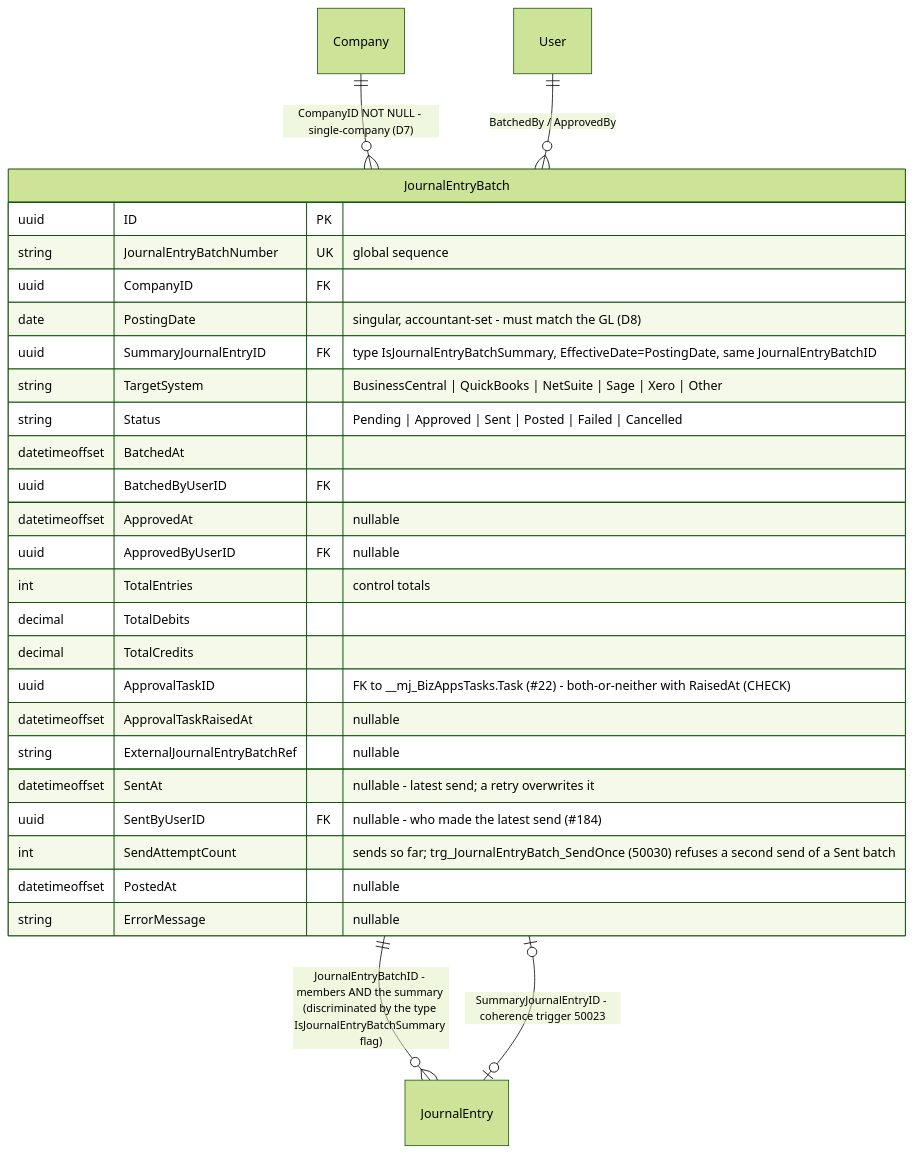
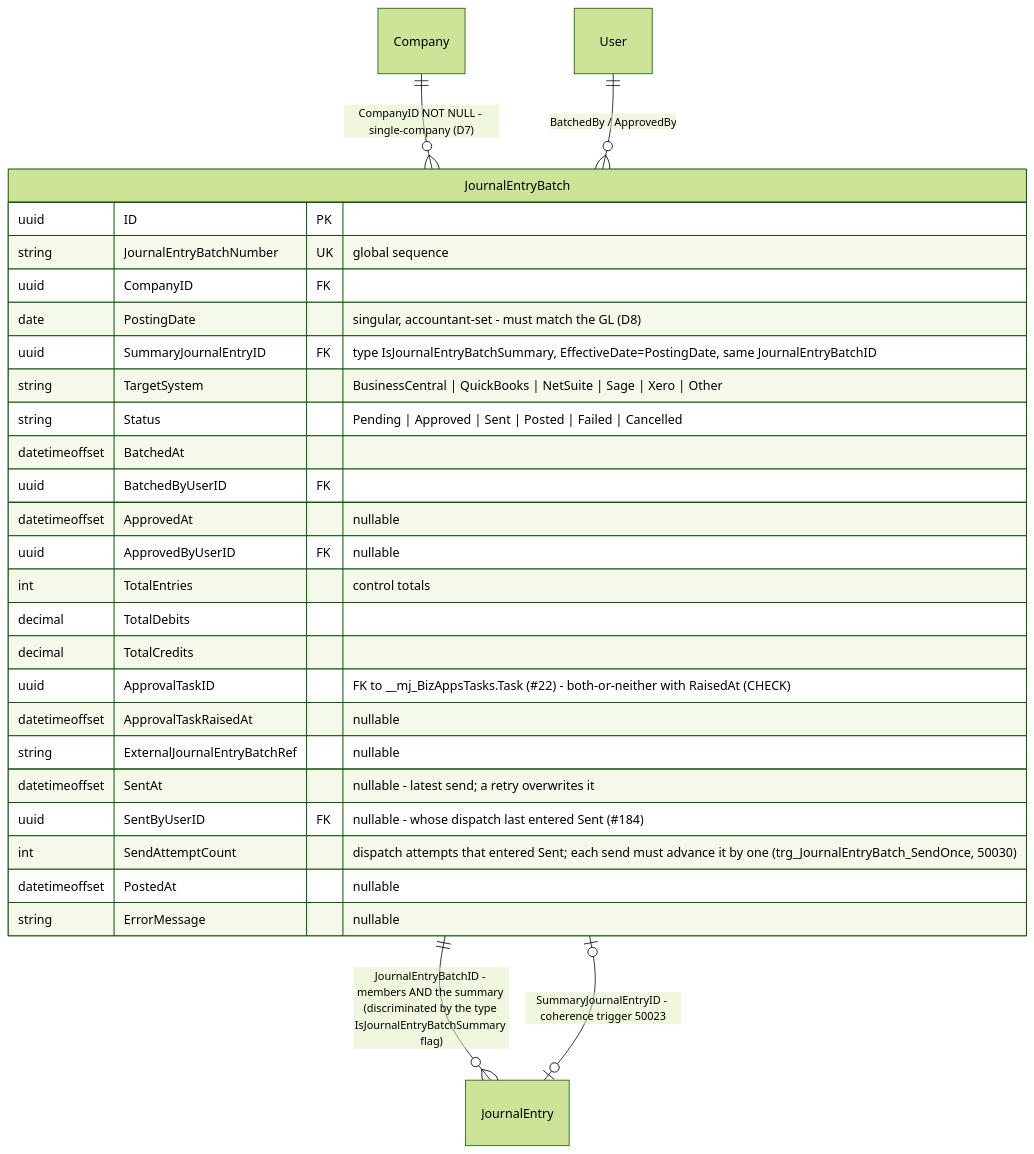
One commit to MemberJunction/bizapps-accounting changed the eighth of 13 diagrams in docs/bizapps-accounting-erd.md. Above: the diagram before and after it, drawn with Mermaid (forest theme). The commit also changed 15 other files, not shown here.

````diff
--- a/docs/bizapps-accounting-erd.md
+++ b/docs/bizapps-accounting-erd.md
@@ -723,32 +723,32 @@
 ```mermaid
 erDiagram
     Company ||--o{ JournalEntryBatch : "CompanyID NOT NULL - single-company (D7)"
     JournalEntryBatch ||--o{ JournalEntry : "JournalEntryBatchID - members AND the summary (discriminated by the type IsJournalEntryBatchSummary flag)"
     JournalEntryBatch |o--o| JournalEntry : "SummaryJournalEntryID - coherence trigger 50023"
     User ||--o{ JournalEntryBatch : "BatchedBy / ApprovedBy"
 
     JournalEntryBatch {
         uuid ID PK
         string JournalEntryBatchNumber UK "global sequence"
         uuid CompanyID FK
         date PostingDate "singular, accountant-set - must match the GL (D8)"
         uuid SummaryJournalEntryID FK "type IsJournalEntryBatchSummary, EffectiveDate=PostingDate, same JournalEntryBatchID"
         string TargetSystem "BusinessCentral | QuickBooks | NetSuite | Sage | Xero | Other"
         string Status "Pending | Approved | Sent | Posted | Failed | Cancelled"
         datetimeoffset BatchedAt
         uuid BatchedByUserID FK
         datetimeoffset ApprovedAt "nullable"
         uuid ApprovedByUserID FK "nullable"
         int TotalEntries "control totals"
         decimal TotalDebits
         decimal TotalCredits
         uuid ApprovalTaskID "FK to __mj_BizAppsTasks.Task (#22) - both-or-neither with RaisedAt (CHECK)"
         datetimeoffset ApprovalTaskRaisedAt "nullable"
         string ExternalJournalEntryBatchRef "nullable"
         datetimeoffset SentAt "nullable - latest send; a retry overwrites it"
-        uuid SentByUserID FK "nullable - who made the latest send (#184)"
-        int SendAttemptCount "sends so far; trg_JournalEntryBatch_SendOnce (50030) refuses a second send of a Sent batch"
+        uuid SentByUserID FK "nullable - whose dispatch last entered Sent (#184)"
+        int SendAttemptCount "dispatch attempts that entered Sent; each send must advance it by one (trg_JournalEntryBatch_SendOnce, 50030)"
         datetimeoffset PostedAt "nullable"
         string ErrorMessage "nullable"
     }
 ```
````
